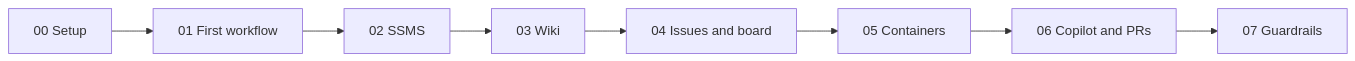
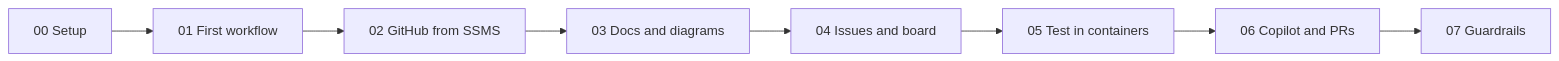
Before and after one commit to amyabelsql/DayOfData_Portland_2026: the diagram in README.md, drawn with Mermaid. The commit also changed other lines of this file and 35 other files, not shown here.

````diff
--- a/README.md
+++ b/README.md
@@ -7,5 +7,5 @@
 ```mermaid
 flowchart LR
-    S00[00 Setup] --> S01[01 First workflow] --> S02[02 SSMS] --> S03[03 Wiki]
-    S03 --> S04[04 Issues and board] --> S05[05 Containers] --> S06[06 Copilot and PRs] --> S07[07 Guardrails]
+    S00[00 Setup] --> S01[01 First workflow] --> S02[02 GitHub from SSMS] --> S03[03 Docs and diagrams]
+    S03 --> S04[04 Issues and board] --> S05[05 Test in containers] --> S06[06 Copilot and PRs] --> S07[07 Guardrails]
 ```
````
